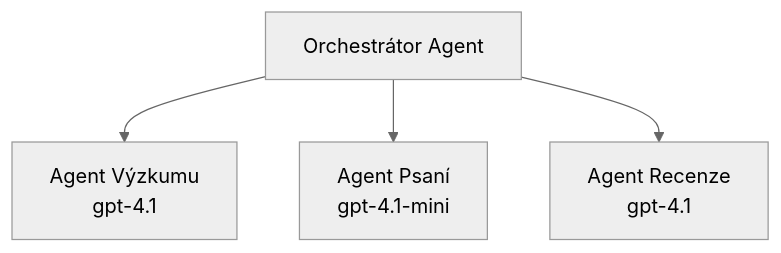
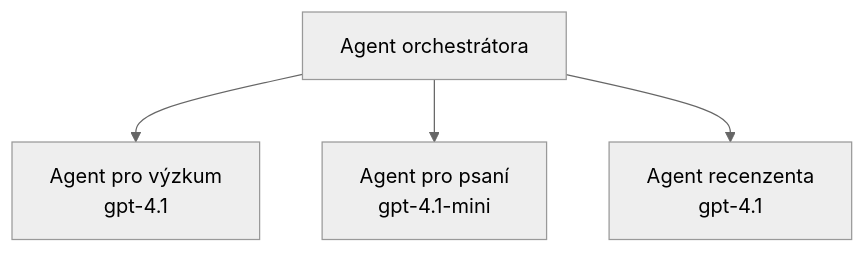
Before and after one commit to microsoft/AZD-for-beginners: the third of 3 diagrams in translations/cs/docs/chapter-02-ai-development/agents.md, drawn with Mermaid (neutral theme). The commit also changed other lines of this file and 104 other files, not shown here.

````diff
--- a/translations/cs/docs/chapter-02-ai-development/agents.md
+++ b/translations/cs/docs/chapter-02-ai-development/agents.md
@@ -194,6 +201,6 @@
 ```mermaid
 graph TD
-    Orchestrator[Orchestrátor Agent] --> Research[Agent Výzkumu<br/>gpt-4.1]
-    Orchestrator --> Writer[Agent Psaní<br/>gpt-4.1-mini]
-    Orchestrator --> Reviewer[Agent Recenze<br/>gpt-4.1]
-```  
+    Orchestrator[Agent orchestrátora] --> Research[Agent pro výzkum<br/>gpt-4.1]
+    Orchestrator --> Writer[Agent pro psaní<br/>gpt-4.1-mini]
+    Orchestrator --> Reviewer[Agent recenzenta<br/>gpt-4.1]
+```
````
